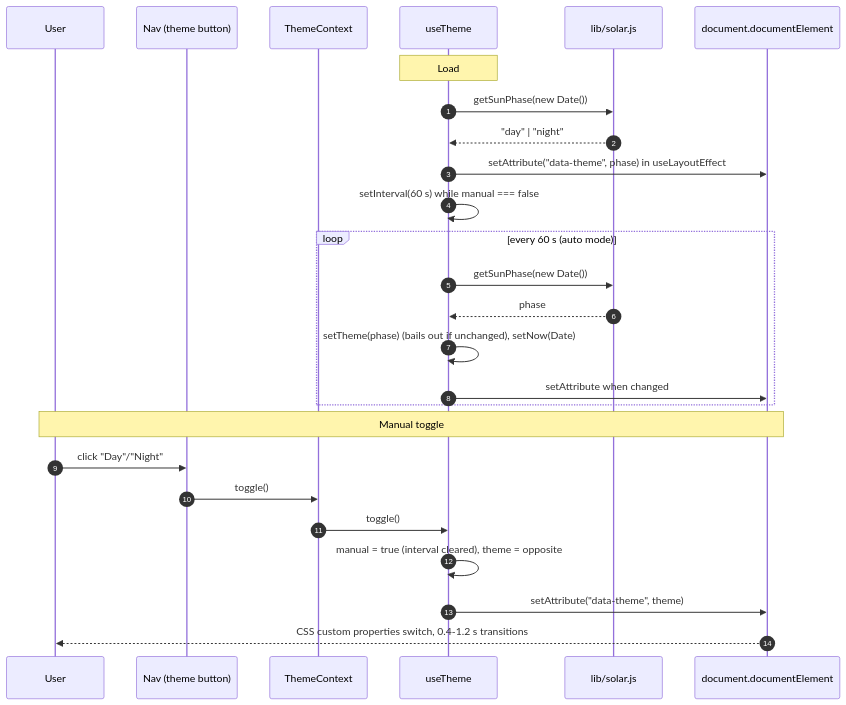
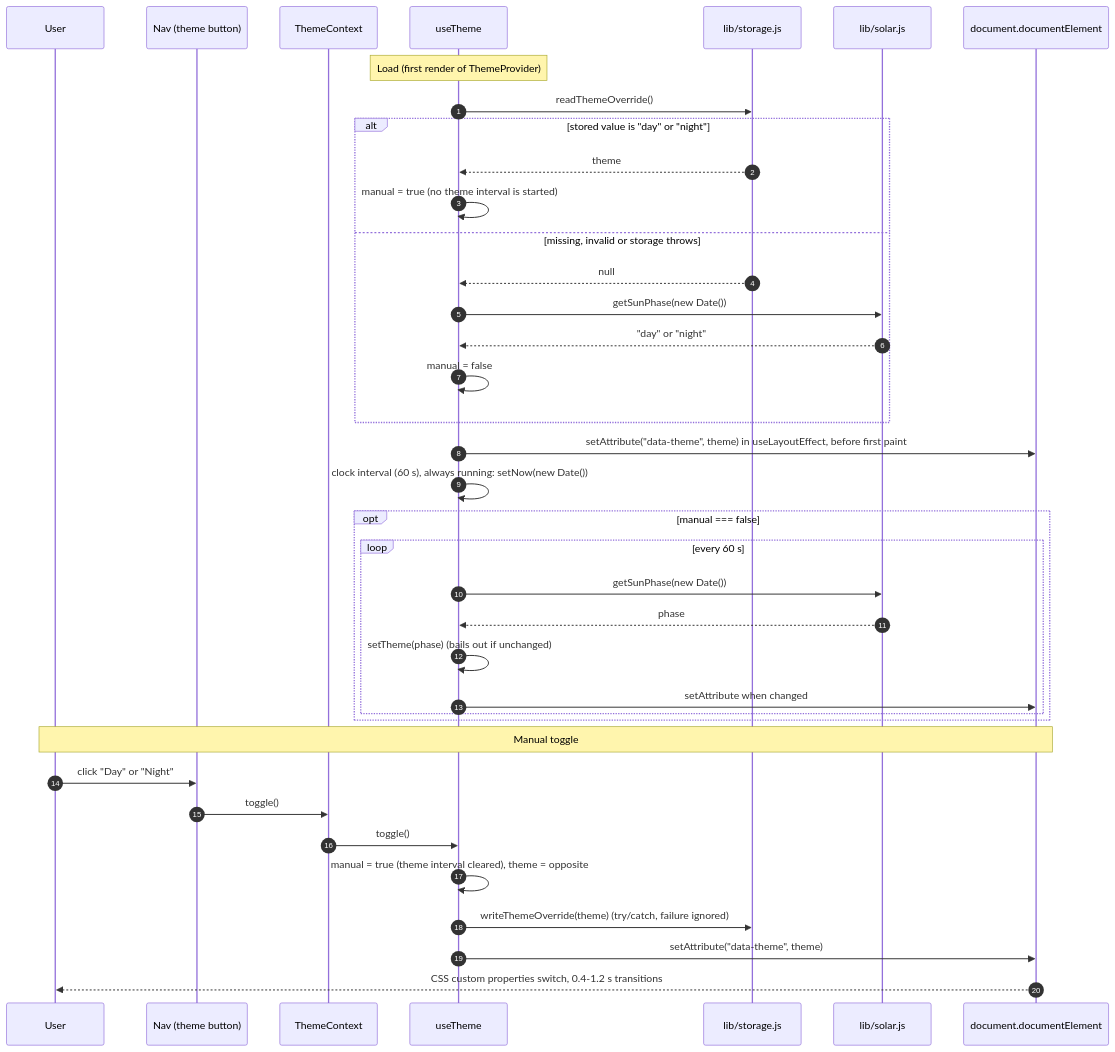
One commit to jeevanandhamsivasankar/jeevanandhamsivasankar.github.io changed the fifth of 12 diagrams in docs/SADS.md. Above: the diagram before and after it, drawn with Mermaid. The commit also changed other lines of this file and 58 other files, not shown here.

````diff
--- a/docs/SADS.md
+++ b/docs/SADS.md
@@ -376,29 +387,41 @@
 ```mermaid
 sequenceDiagram
     autonumber
     participant U as User
     participant N as Nav (theme button)
     participant C as ThemeContext
     participant H as useTheme
+    participant ST as lib/storage.js
     participant L as lib/solar.js
     participant D as document.documentElement
 
-    Note over H: Load
-    H->>L: getSunPhase(new Date())
-    L-->>H: "day" | "night"
-    H->>D: setAttribute("data-theme", phase) in useLayoutEffect
-    H->>H: setInterval(60 s) while manual === false
-    loop every 60 s (auto mode)
+    Note over H: Load (first render of ThemeProvider)
+    H->>ST: readThemeOverride()
+    alt stored value is "day" or "night"
+        ST-->>H: theme
+        H->>H: manual = true (no theme interval is started)
+    else missing, invalid or storage throws
+        ST-->>H: null
         H->>L: getSunPhase(new Date())
-        L-->>H: phase
-        H->>H: setTheme(phase) (bails out if unchanged), setNow(Date)
-        H->>D: setAttribute when changed
+        L-->>H: "day" or "night"
+        H->>H: manual = false
+    end
+    H->>D: setAttribute("data-theme", theme) in useLayoutEffect, before first paint
+    H->>H: clock interval (60 s), always running: setNow(new Date())
+    opt manual === false
+        loop every 60 s
+            H->>L: getSunPhase(new Date())
+            L-->>H: phase
+            H->>H: setTheme(phase) (bails out if unchanged)
+            H->>D: setAttribute when changed
+        end
     end
     Note over U,D: Manual toggle
-    U->>N: click "Day"/"Night"
+    U->>N: click "Day" or "Night"
     N->>C: toggle()
     C->>H: toggle()
-    H->>H: manual = true (interval cleared), theme = opposite
+    H->>H: manual = true (theme interval cleared), theme = opposite
+    H->>ST: writeThemeOverride(theme) (try/catch, failure ignored)
     H->>D: setAttribute("data-theme", theme)
     D-->>U: CSS custom properties switch, 0.4-1.2 s transitions
 ```
````
